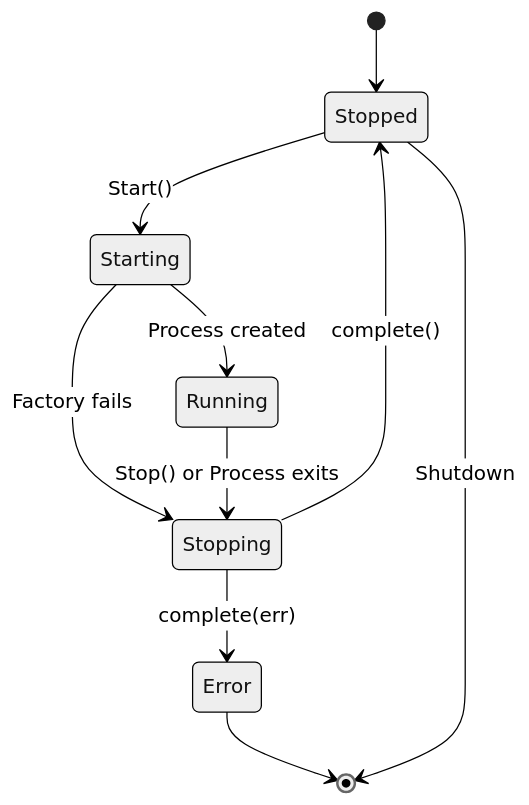
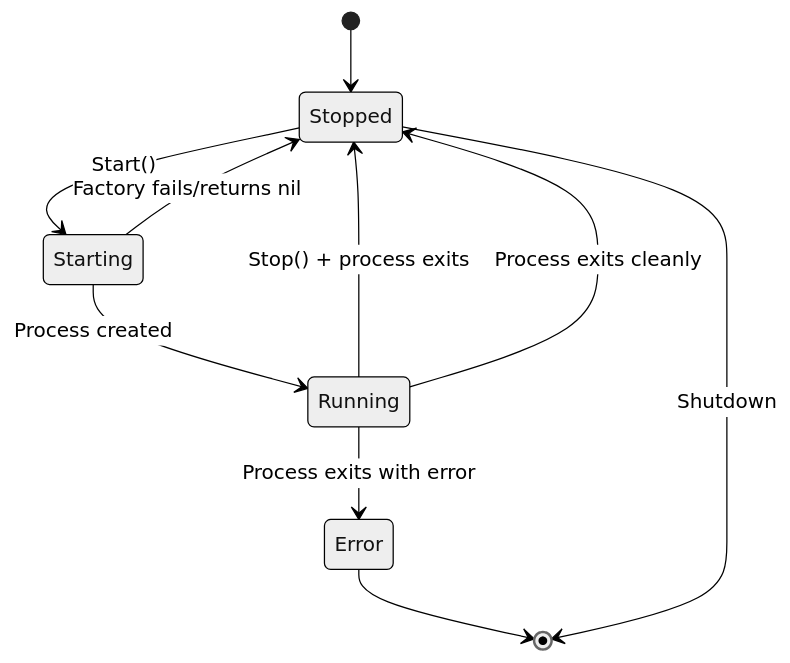
One commit to krsna1729/go-mls changed the diagram in docs/worker-fsm.md. Above: the diagram before and after it, drawn with Mermaid (neutral theme). The commit also changed other lines of this file and 1 other file, not shown here.

Commit message:
Remove redundant state transitions from worker FSM
- Removed unused run() method (dead code)
- Removed setState(WorkerStateStopping) calls - complete() handles final state
- Stopping is an implementation detail, not an observable state
- Updated state diagram to reflect actual transitions

````diff
--- a/docs/worker-fsm.md
+++ b/docs/worker-fsm.md
@@ -147,16 +147,16 @@
 ```mermaid
 stateDiagram-v2
     [*] --> Stopped
 
     Stopped --> Starting: Start()
+
     Starting --> Running: Process created
-    Starting --> Stopping: Factory fails
+    Starting --> Stopped: Factory fails/returns nil
 
-    Running --> Stopping: Stop() or Process exits
-
-    Stopping --> Stopped: complete()
-    Stopping --> Error: complete(err)
+    Running --> Stopped: Stop() + process exits
+    Running --> Error: Process exits with error
+    Running --> Stopped: Process exits cleanly
 
     Error --> [*]
     Stopped --> [*]: Shutdown
 ```
````
